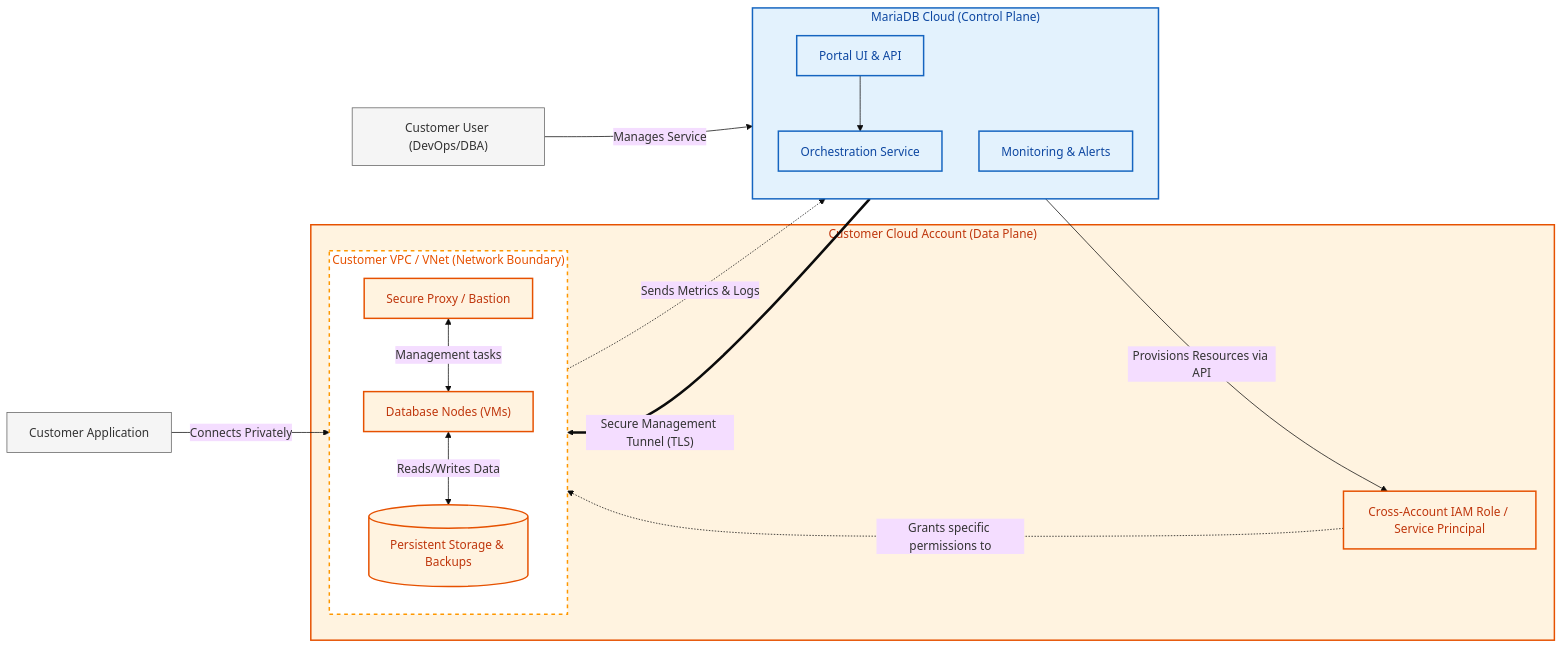
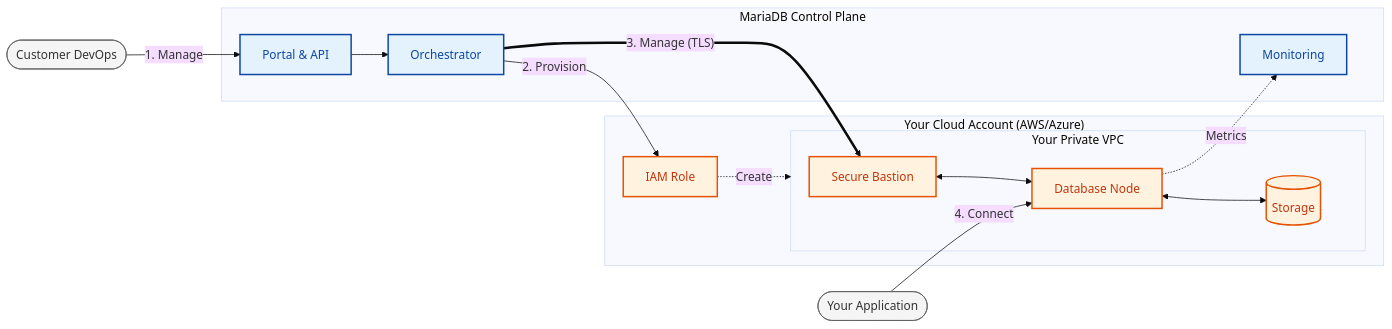
One commit to rusher/mariadb-docs changed the second of 5 diagrams in mariadb-cloud/quickstart/bring-your-own-account-byoa.md. Above: the diagram before and after it, drawn with Mermaid (base theme). The commit also changed other lines of this file, not shown here.

Commit message:
GitBook: No commit message

````diff
--- a/mariadb-cloud/quickstart/bring-your-own-account-byoa.md
+++ b/mariadb-cloud/quickstart/bring-your-own-account-byoa.md
@@ -71,55 +43,44 @@
 ```mermaid
 flowchart LR
-    %% Define color styles for visual separation
-    classDef controlPlane fill:#e3f2fd,stroke:#1565c0,stroke-width:2px,color:#0d47a1;
-    classDef dataPlane fill:#fff3e0,stroke:#e65100,stroke-width:2px,color:#bf360c;
-    classDef networkBoundary fill:#ffffff,stroke:#ff9800,stroke-width:2px,stroke-dasharray: 5 5,color:#e65100;
-    classDef user fill:#f5f5f5,stroke:#616161,stroke-width:1px;
+    %% Styles similar to Aiven: High contrast, clean blocks
+    classDef control fill:#e3f2fd,stroke:#0d47a1,stroke-width:2px,color:#0d47a1;
+    classDef data fill:#fff3e0,stroke:#e65100,stroke-width:2px,color:#bf360c;
+    classDef network fill:#ffffff,stroke:#e65100,stroke-width:2px,stroke-dasharray: 5 5;
+    classDef external fill:#f5f5f5,stroke:#616161,stroke-width:1px;
 
-    User["Customer User (DevOps/DBA)"]:::user
-    App["Customer Application"]:::user
+    %% Actors
+    User([Customer DevOps]):::external
+    App([Your Application]):::external
 
-    %% MariaDB Cloud Control Plane
-    subgraph MariaDB_CP ["MariaDB Cloud (Control Plane)"]
-        direction TB
-        Portal["Portal UI & API"]:::controlPlane
-        Orchestrator["Orchestration Service"]:::controlPlane
-        Monitoring["Monitoring & Alerts"]:::controlPlane
+    %% MariaDB Cloud
+    subgraph CP ["MariaDB Control Plane"]
+        Portal[Portal & API]:::control
+        Orch[Orchestrator]:::control
+        Mon[Monitoring]:::control
     end
 
-    %% Customer Cloud Account Data Plane
-    subgraph Customer_Account ["Customer Cloud Account (Data Plane)"]
-        IAM["Cross-Account IAM Role / Service Principal"]:::dataPlane
+    %% Customer Cloud
+    subgraph Cloud ["Your Cloud Account (AWS/Azure)"]
+        IAM[IAM Role]:::data
         
-        subgraph VPC ["Customer VPC / VNet (Network Boundary)"]
-            direction TB
-            Bastion["Secure Proxy / Bastion"]:::dataPlane
-            DB["Database Nodes (VMs)"]:::dataPlane
-            Storage[("Persistent Storage & Backups")]:::dataPlane
+        subgraph VPC ["Your Private VPC"]
+            Bastion[Secure Bastion]:::data
+            DB[Database Node]:::data
+            Storage[(Storage)]:::data
         end
     end
 
-    %% Main Flows
-    User -->|"Manages Service"| Portal
-    App -->|"Connects Privately"| DB
+    %% Connections
+    User -->|"1. Manage"| Portal
+    Portal --> Orch
+    Orch -->|"2. Provision"| IAM
+    IAM -.->|Create| VPC
+    
+    %% Fixed line below: Added quotes around label
+    Orch ==>|"3. Manage (TLS)"| Bastion
+    Bastion <--> DB
+    DB -.->|Metrics| Mon
+    DB <--> Storage
 
-    %% Control Plane Interactions
-    Portal --> Orchestrator
-    Orchestrator -->|"Provisions Resources via API"| IAM
-    IAM -.->|"Grants specific permissions to"| VPC
-
-    %% Secure Management Path - Fixed Syntax Here
-    Orchestrator ==>|"Secure Management Tunnel (TLS)"| Bastion
-    Bastion <-->|"Management tasks"| DB
-
-    %% Observability Flow
-    DB -.->|"Sends Metrics & Logs"| Monitoring
-
-    %% Data Residency
-    DB <-->|"Reads/Writes Data"| Storage
-
-    %% Apply styles to subgraphs
-    class MariaDB_CP controlPlane;
-    class Customer_Account dataPlane;
-    class VPC networkBoundary;
+    App -->|"4. Connect"| DB
 ```
````
